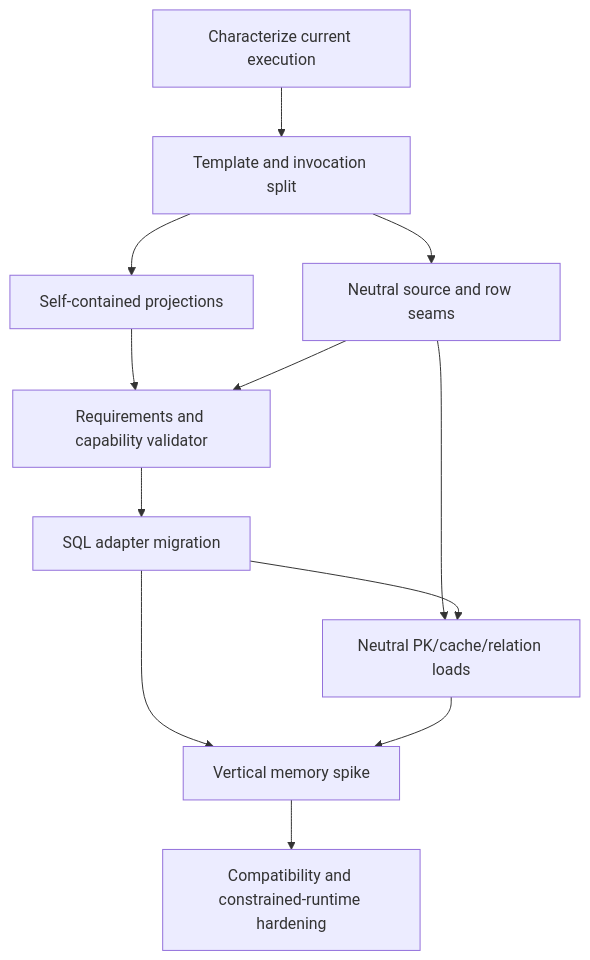
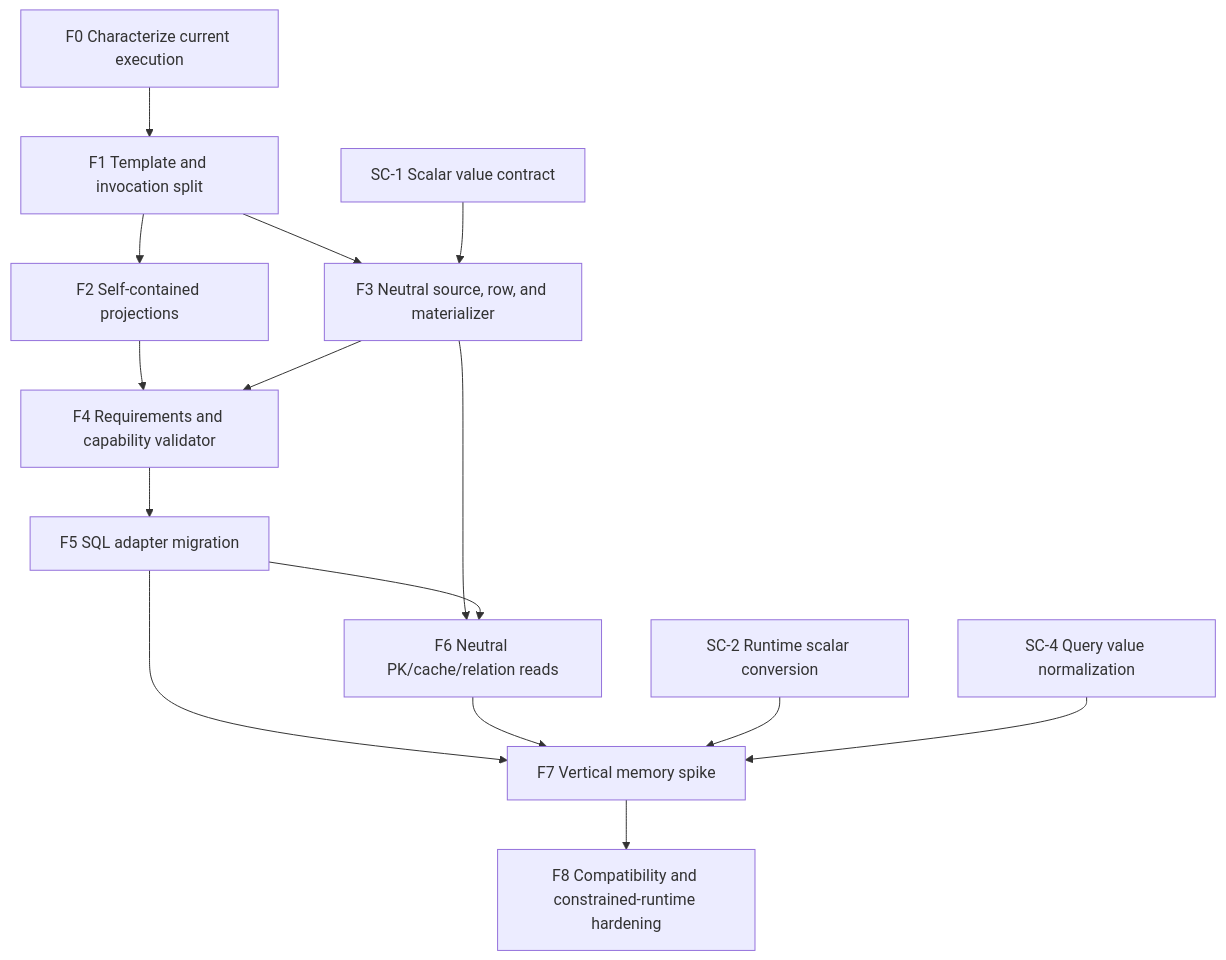
The diagram in docs/dev-plans/roadmap-implementation/v0.9/Query Backend and Execution Foundation Implementation Plan.md (bazer/DataLinq), drawn with Mermaid before and after one commit. The commit also changed other lines of this file and 14 other files, not shown here.

````diff
--- a/docs/dev-plans/roadmap-implementation/v0.9/Query Backend and Execution Foundation Implementation Plan.md
+++ b/docs/dev-plans/roadmap-implementation/v0.9/Query Backend and Execution Foundation Implementation Plan.md
@@ -288,14 +288,17 @@
 ```mermaid
 flowchart TD
-    C["Characterize current execution"] --> T["Template and invocation split"]
-    T --> P["Self-contained projections"]
-    T --> S["Neutral source and row seams"]
-    P --> V["Requirements and capability validator"]
-    S --> V
-    V --> Q["SQL adapter migration"]
-    S --> L["Neutral PK/cache/relation loads"]
-    Q --> L
-    Q --> M["Vertical memory spike"]
-    L --> M
-    M --> H["Compatibility and constrained-runtime hardening"]
+    F0["F0 Characterize current execution"] --> F1["F1 Template and invocation split"]
+    F1 --> F2["F2 Self-contained projections"]
+    F1 --> F3["F3 Neutral source, row, and materializer"]
+    SC1["SC-1 Scalar value contract"] --> F3
+    F2 --> F4["F4 Requirements and capability validator"]
+    F3 --> F4
+    F4 --> F5["F5 SQL adapter migration"]
+    F3 --> F6["F6 Neutral PK/cache/relation reads"]
+    F5 --> F6
+    F5 --> F7["F7 Vertical memory spike"]
+    F6 --> F7
+    SC2["SC-2 Runtime scalar conversion"] --> F7
+    SC4["SC-4 Query value normalization"] --> F7
+    F7 --> F8["F8 Compatibility and constrained-runtime hardening"]
 ```
````
